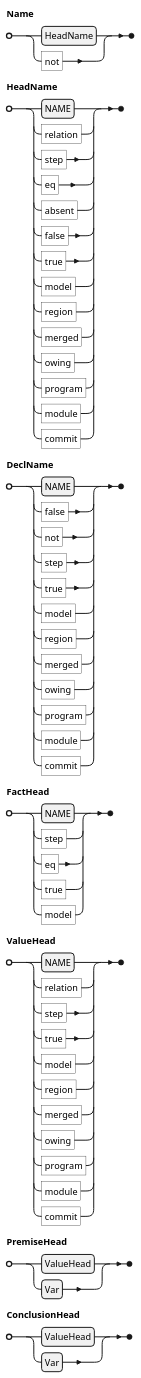
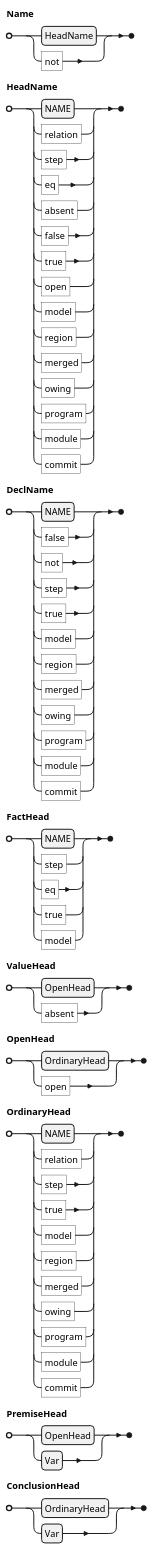
Before and after one commit to agutikov/ein: the diagram in docs/ein/user/04-reference/diagrams/01-grammar-phrase-names.puml, drawn with PlantUML. The commit also changed 41 other files, not shown here.

```diff
--- a/docs/ein/user/04-reference/diagrams/01-grammar-phrase-names.puml
+++ b/docs/ein/user/04-reference/diagrams/01-grammar-phrase-names.puml
@@ -1,15 +1,17 @@
 @startebnf
 Name = HeadName | "not" ;
 HeadName =
-    NAME | "relation" | "step" | "eq" | "absent" | "false" | "true" | "model" | "region" | "merged"
-  | "owing" | "program" | "module" | "commit" ;
+    NAME | "relation" | "step" | "eq" | "absent" | "false" | "true" | "open" | "model" | "region"
+  | "merged" | "owing" | "program" | "module" | "commit" ;
 DeclName =
     NAME | "false" | "not" | "step" | "true" | "model" | "region" | "merged" | "owing" | "program"
   | "module" | "commit" ;
 FactHead = NAME | "step" | "eq" | "true" | "model" ;
-ValueHead =
+ValueHead = OpenHead | "absent" ;
+OpenHead = OrdinaryHead | "open" ;
+OrdinaryHead =
     NAME | "relation" | "step" | "true" | "model" | "region" | "merged" | "owing" | "program"
   | "module" | "commit" ;
-PremiseHead = ValueHead | Var ;
-ConclusionHead = ValueHead | Var ;
+PremiseHead = OpenHead | Var ;
+ConclusionHead = OrdinaryHead | Var ;
 @endebnf
```
